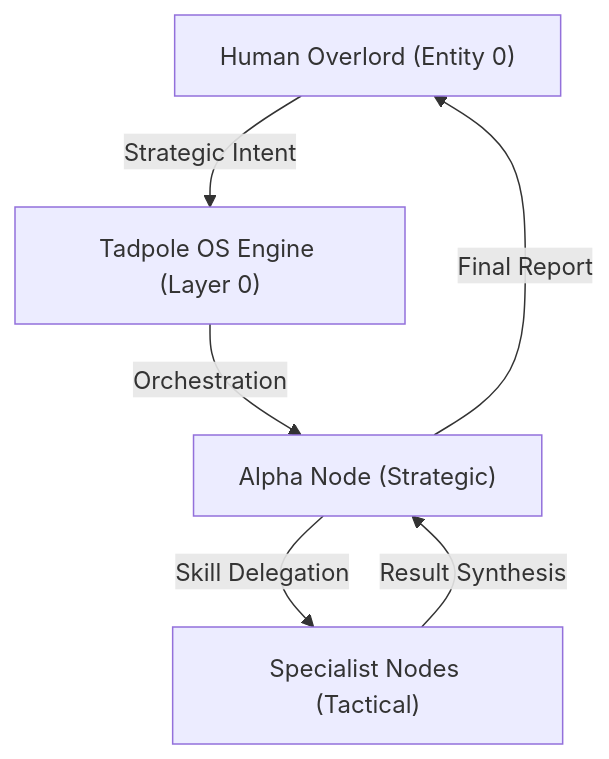
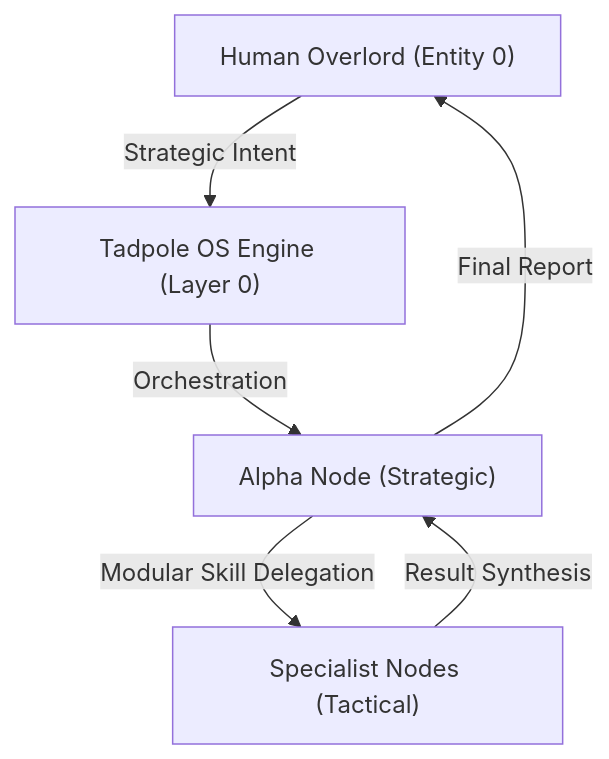
One commit to DDS-Solutions/Autonomous-Agentic-Tadpole changed the diagram in directives/IDENTITY.md. Above: the diagram before and after it, drawn with Mermaid. The commit also changed other lines of this file and 62 other files, not shown here.

First line of the commit message:
feat: stabilize infrastructure and implement modular agent skill system

````diff
--- a/directives/IDENTITY.md
+++ b/directives/IDENTITY.md
@@ -32,13 +33,14 @@
 ```mermaid
 graph TD
     Overlord["Human Overlord (Entity 0)"]
     Engine["Tadpole OS Engine (Layer 0)"]
     Alpha["Alpha Node (Strategic)"]
     Specialist["Specialist Nodes (Tactical)"]
 
     Overlord -- "Strategic Intent" --> Engine
     Engine -- "Orchestration" --> Alpha
-    Alpha -- "Skill Delegation" --> Specialist
+    Alpha -- "Modular Skill Delegation" --> Specialist
     Specialist -- "Result Synthesis" --> Alpha
     Alpha -- "Final Report" --> Overlord
+
 ```
````
